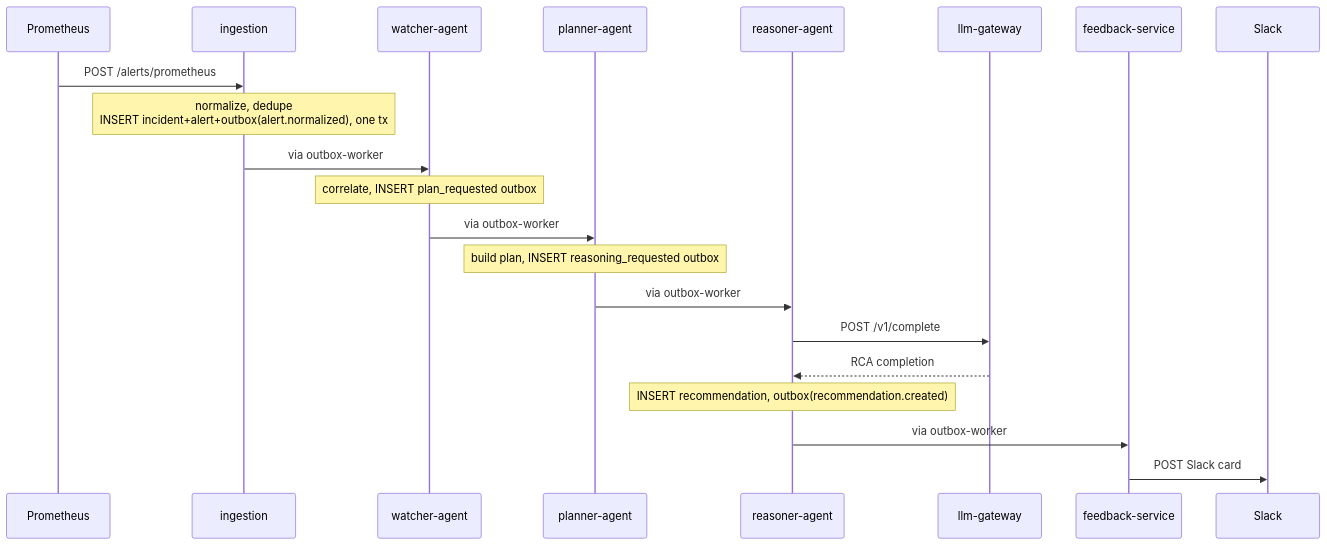
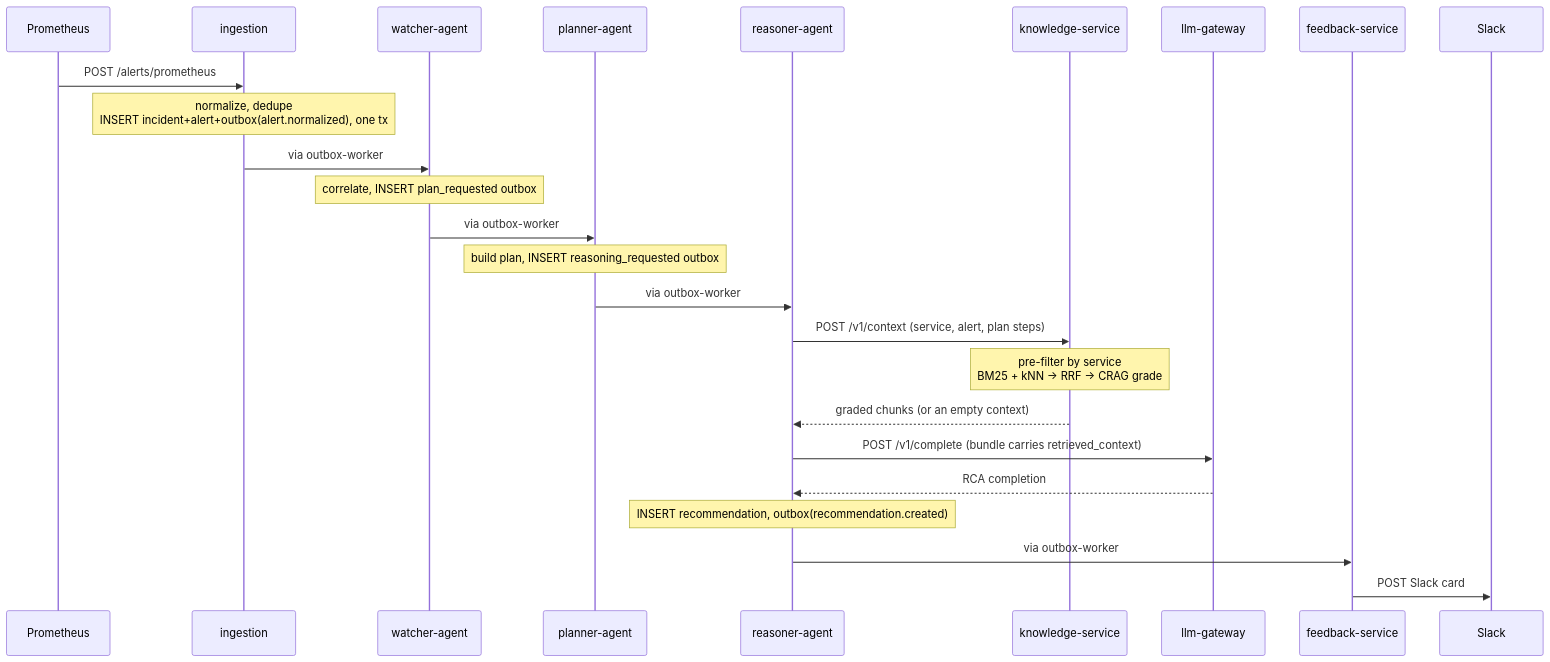
One commit to k-kohli10/radar-system changed the first of 6 diagrams in docs/architecture/sequence-flows.md. Above: the diagram before and after it, drawn with Mermaid. The commit also changed other lines of this file and 3 other files, not shown here.

````diff
--- a/docs/architecture/sequence-flows.md
+++ b/docs/architecture/sequence-flows.md
@@ -5,24 +5,28 @@
 ```mermaid
 sequenceDiagram
     participant Prometheus
     participant ingestion
     participant watcher as watcher-agent
     participant planner as planner-agent
     participant reasoner as reasoner-agent
+    participant knowledge as knowledge-service
     participant llm as llm-gateway
     participant feedback as feedback-service
     participant Slack
 
     Prometheus->>ingestion: POST /alerts/prometheus
     Note over ingestion: normalize, dedupe<br/>INSERT incident+alert+outbox(alert.normalized), one tx
     ingestion->>watcher: via outbox-worker
     Note over watcher: correlate, INSERT plan_requested outbox
     watcher->>planner: via outbox-worker
     Note over planner: build plan, INSERT reasoning_requested outbox
     planner->>reasoner: via outbox-worker
-    reasoner->>llm: POST /v1/complete
+    reasoner->>knowledge: POST /v1/context (service, alert, plan steps)
+    Note over knowledge: pre-filter by service<br/>BM25 + kNN -> RRF -> CRAG grade
+    knowledge-->>reasoner: graded chunks (or an empty context)
+    reasoner->>llm: POST /v1/complete (bundle carries retrieved_context)
     llm-->>reasoner: RCA completion
     Note over reasoner: INSERT recommendation, outbox(recommendation.created)
     reasoner->>feedback: via outbox-worker
     feedback->>Slack: POST Slack card
 ```
````
